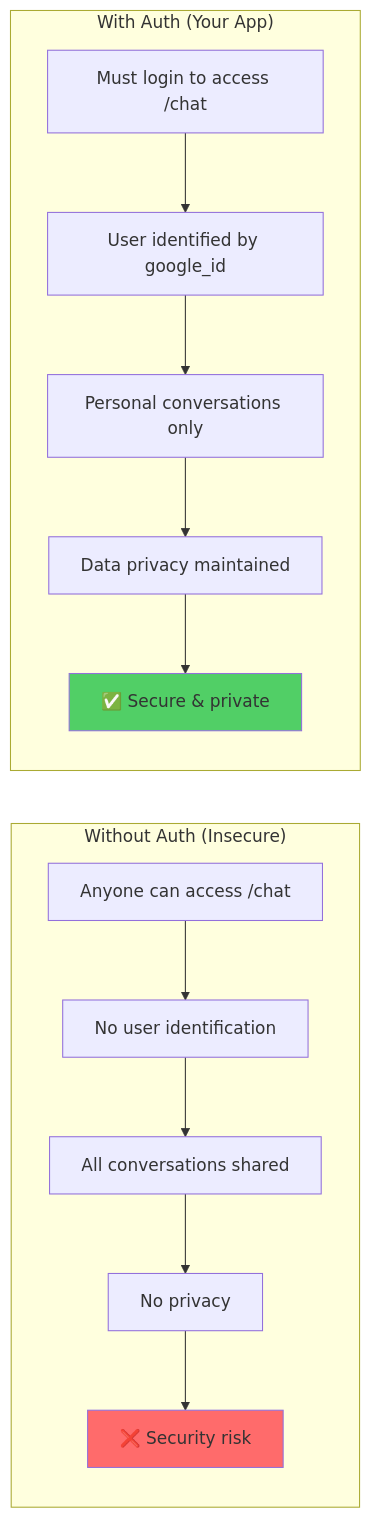
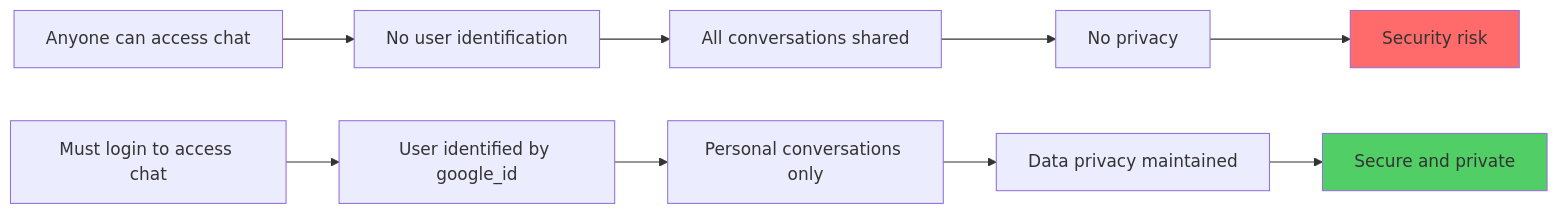
One commit to DANI-cloud-del/Flask changed diagram 11 of 15 in docs/OAUTH_FLOWCHART.md. Above: the diagram before and after it, drawn with Mermaid. The commit also changed other lines of this file, not shown here.

Commit message:
Fix Mermaid syntax errors in flowcharts - escape special characters and fix line breaks

````diff
--- a/docs/OAUTH_FLOWCHART.md
+++ b/docs/OAUTH_FLOWCHART.md
@@ -410,19 +346,15 @@
 ```mermaid
 flowchart LR
-    subgraph "Without Auth (Insecure)"
-        N1[Anyone can access /chat] --> N2[No user identification]
-        N2 --> N3[All conversations shared]
-        N3 --> N4[No privacy]
-        N4 --> N5[❌ Security risk]
-    end
+    N1[Anyone can access chat] --> N2[No user identification]
+    N2 --> N3[All conversations shared]
+    N3 --> N4[No privacy]
+    N4 --> N5[Security risk]
     
-    subgraph "With Auth (Your App)"
-        Y1[Must login to access /chat] --> Y2[User identified by google_id]
-        Y2 --> Y3[Personal conversations only]
-        Y3 --> Y4[Data privacy maintained]
-        Y4 --> Y5[✅ Secure & private]
-    end
+    Y1[Must login to access chat] --> Y2[User identified by google_id]
+    Y2 --> Y3[Personal conversations only]
+    Y3 --> Y4[Data privacy maintained]
+    Y4 --> Y5[Secure and private]
     
     style N5 fill:#ff6b6b
     style Y5 fill:#51cf66
 ```
````
